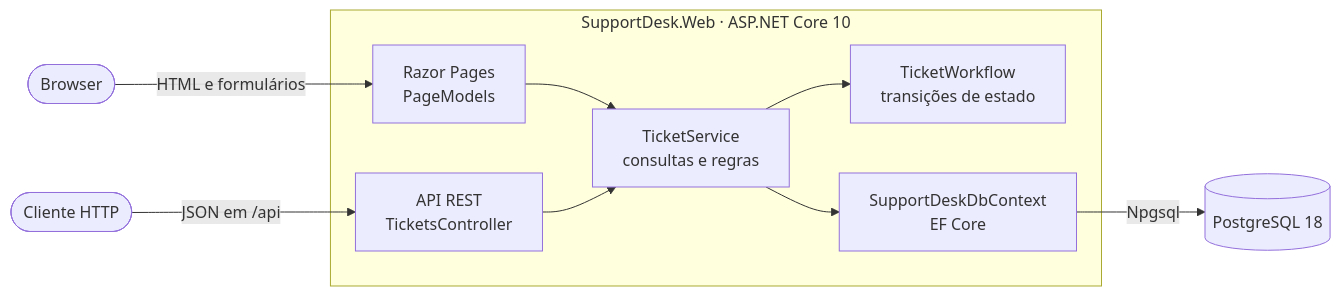
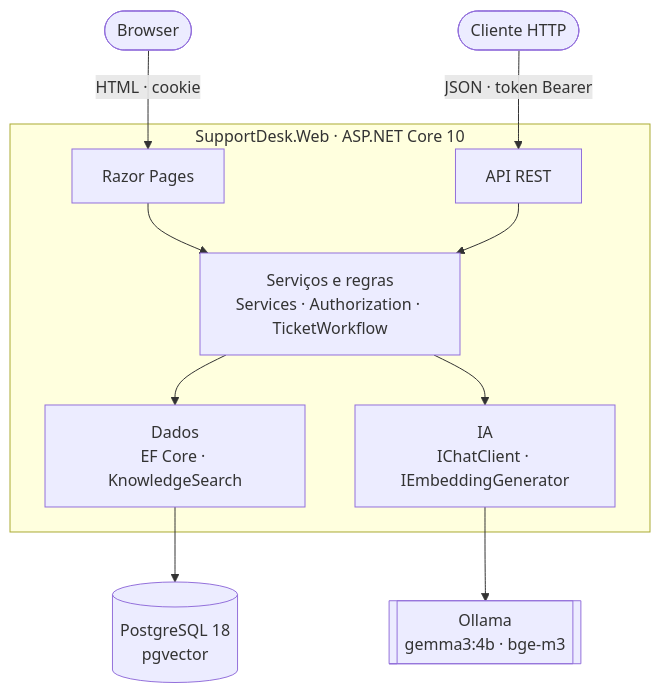
The diagram in README.md (pmrmoreira/SupportDesk), drawn with Mermaid before and after one commit. The commit also changed other lines of this file, not shown here.

````diff
--- a/README.md
+++ b/README.md
@@ -57,23 +43,25 @@
 ```mermaid
-flowchart LR
+flowchart TB
     Browser(["Browser"])
     Client(["Cliente HTTP"])
 
     subgraph App["SupportDesk.Web · ASP.NET Core 10"]
-        Pages["Razor Pages<br/>PageModels"]
-        Api["API REST<br/>TicketsController"]
-        Service["TicketService<br/>consultas e regras"]
-        Workflow["TicketWorkflow<br/>transições de estado"]
-        Context["SupportDeskDbContext<br/>EF Core"]
+        Pages["Razor Pages"]
+        Api["API REST"]
+        Services["Serviços e regras<br/>Services · Authorization · TicketWorkflow"]
+        Data["Dados<br/>EF Core · KnowledgeSearch"]
+        Ai["IA<br/>IChatClient · IEmbeddingGenerator"]
     end
 
-    Db[("PostgreSQL 18")]
+    Db[("PostgreSQL 18<br/>pgvector")]
+    Ollama[["Ollama<br/>gemma3:4b · bge-m3"]]
 
-    Browser -- "HTML e formulários" --> Pages
-    Client -- "JSON em /api" --> Api
-    Pages --> Service
-    Api --> Service
-    Service --> Workflow
-    Service --> Context
-    Context -- "Npgsql" --> Db
+    Browser -- "HTML · cookie" --> Pages
+    Client -- "JSON · token Bearer" --> Api
+    Pages --> Services
+    Api --> Services
+    Services --> Data
+    Services --> Ai
+    Data --> Db
+    Ai --> Ollama
 ```
````
